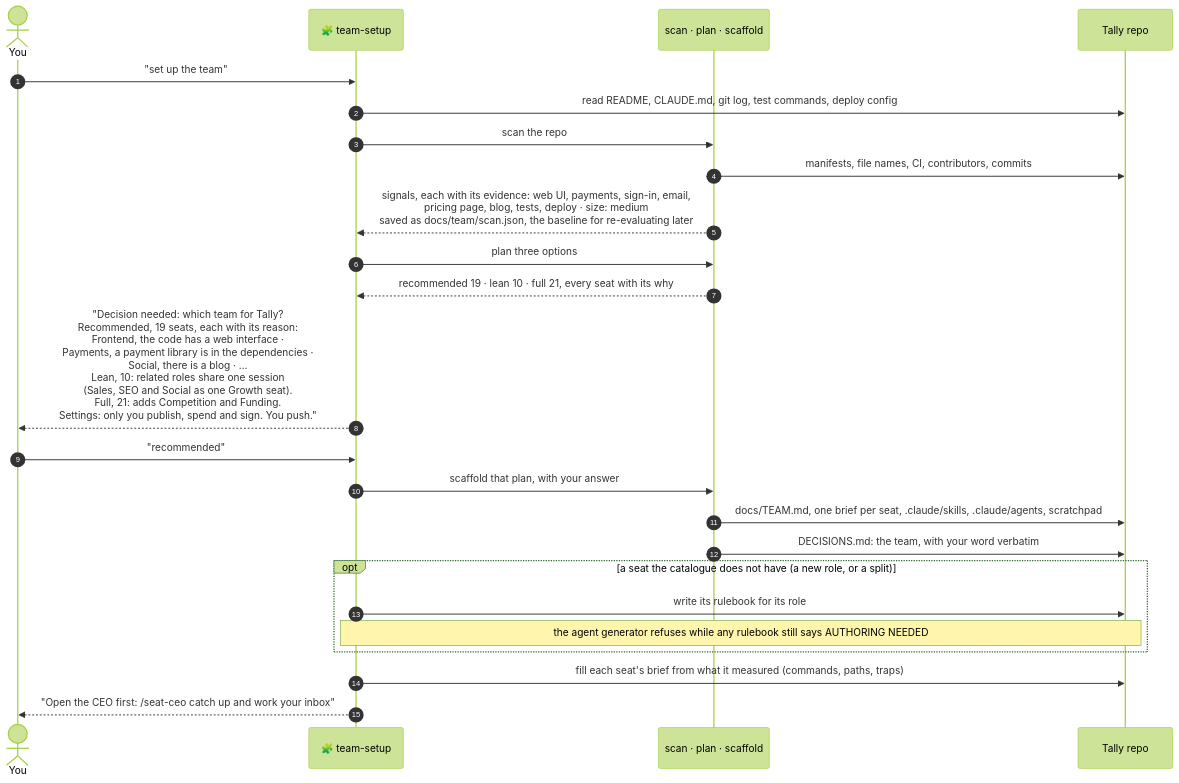
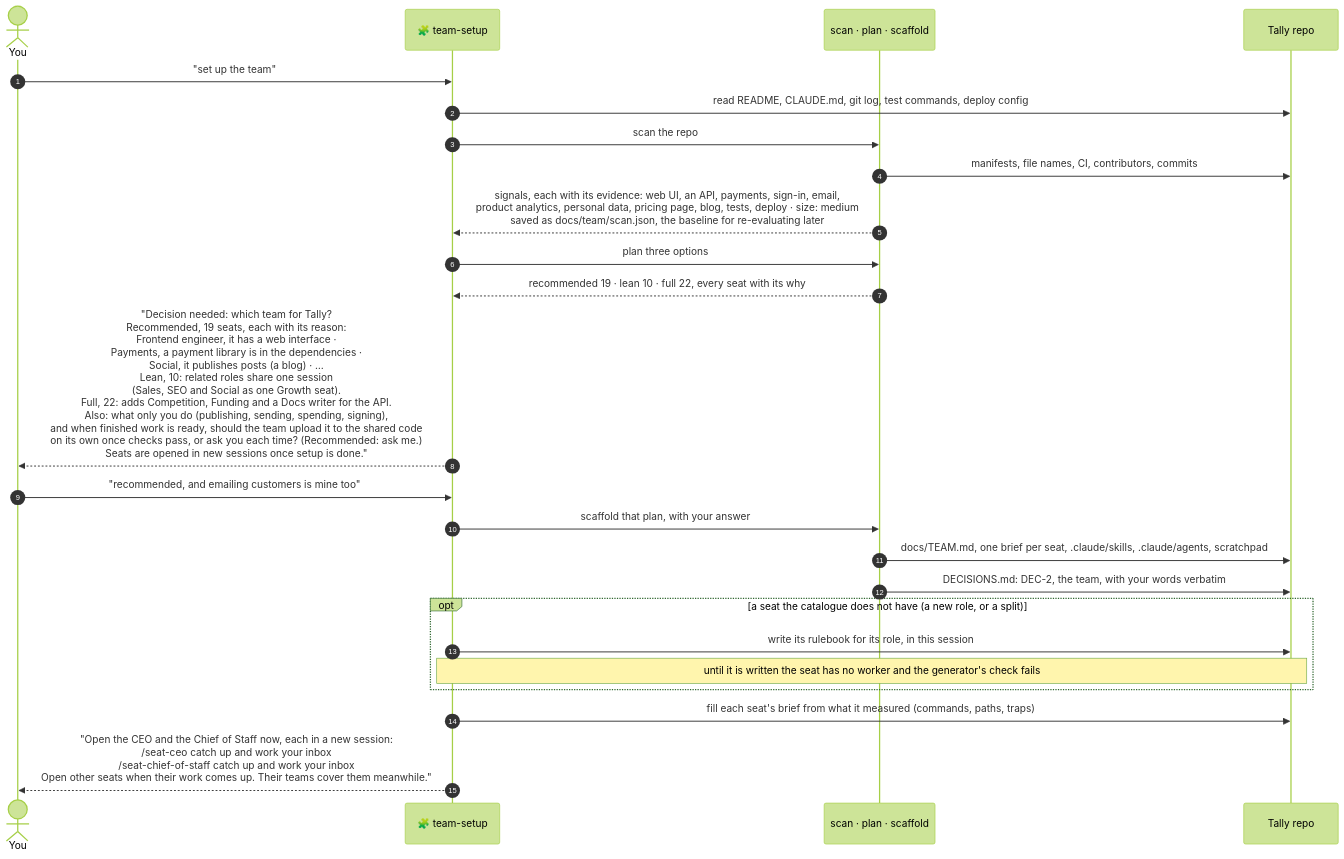
One commit to fauzulkc/agent-team changed the second of 10 diagrams in docs/orchestration-diagrams.md. Above: the diagram before and after it, drawn with Mermaid (forest theme). The commit also changed other lines of this file and 81 other files, not shown here.

````diff
--- a/docs/orchestration-diagrams.md
+++ b/docs/orchestration-diagrams.md
@@ -63,26 +64,26 @@
 ```mermaid
 sequenceDiagram
     autonumber
     actor You
     participant Setup as 🧩 team-setup
     participant Tools as scan · plan · scaffold
     participant Repo as Tally repo
     You->>Setup: "set up the team"
     Setup->>Repo: read README, CLAUDE.md, git log, test commands, deploy config
     Setup->>Tools: scan the repo
     Tools->>Repo: manifests, file names, CI, contributors, commits
-    Tools-->>Setup: signals, each with its evidence: web UI, payments, sign-in, email,<br/>pricing page, blog, tests, deploy · size: medium<br/>saved as docs/team/scan.json, the baseline for re-evaluating later
+    Tools-->>Setup: signals, each with its evidence: web UI, an API, payments, sign-in, email,<br/>product analytics, personal data, pricing page, blog, tests, deploy · size: medium<br/>saved as docs/team/scan.json, the baseline for re-evaluating later
     Setup->>Tools: plan three options
-    Tools-->>Setup: recommended 19 · lean 10 · full 21, every seat with its why
-    Setup-->>You: "Decision needed: which team for Tally?<br/>Recommended, 19 seats, each with its reason:<br/>Frontend, the code has a web interface ·<br/>Payments, a payment library is in the dependencies ·<br/>Social, there is a blog · …<br/>Lean, 10: related roles share one session<br/>(Sales, SEO and Social as one Growth seat).<br/>Full, 21: adds Competition and Funding.<br/>Settings: only you publish, spend and sign. You push."
-    You->>Setup: "recommended"
+    Tools-->>Setup: recommended 19 · lean 10 · full 22, every seat with its why
+    Setup-->>You: "Decision needed: which team for Tally?<br/>Recommended, 19 seats, each with its reason:<br/>Frontend engineer, it has a web interface ·<br/>Payments, a payment library is in the dependencies ·<br/>Social, it publishes posts (a blog) · …<br/>Lean, 10: related roles share one session<br/>(Sales, SEO and Social as one Growth seat).<br/>Full, 22: adds Competition, Funding and a Docs writer for the API.<br/>Also: what only you do (publishing, sending, spending, signing),<br/>and when finished work is ready, should the team upload it to the shared code<br/>on its own once checks pass, or ask you each time? (Recommended: ask me.)<br/>Seats are opened in new sessions once setup is done."
+    You->>Setup: "recommended, and emailing customers is mine too"
     Setup->>Tools: scaffold that plan, with your answer
     Tools->>Repo: docs/TEAM.md, one brief per seat, .claude/skills, .claude/agents, scratchpad
-    Tools->>Repo: DECISIONS.md: the team, with your word verbatim
+    Tools->>Repo: DECISIONS.md: DEC-2, the team, with your words verbatim
     opt a seat the catalogue does not have (a new role, or a split)
-        Setup->>Repo: write its rulebook for its role
-        Note over Setup,Repo: the agent generator refuses while any rulebook still says AUTHORING NEEDED
+        Setup->>Repo: write its rulebook for its role, in this session
+        Note over Setup,Repo: until it is written the seat has no worker and the generator's check fails
     end
     Setup->>Repo: fill each seat's brief from what it measured (commands, paths, traps)
-    Setup-->>You: "Open the CEO first: /seat-ceo catch up and work your inbox"
+    Setup-->>You: "Open the CEO and the Chief of Staff now, each in a new session:<br/>/seat-ceo catch up and work your inbox<br/>/seat-chief-of-staff catch up and work your inbox<br/>Open other seats when their work comes up. Their teams cover them meanwhile."
 ```
````
